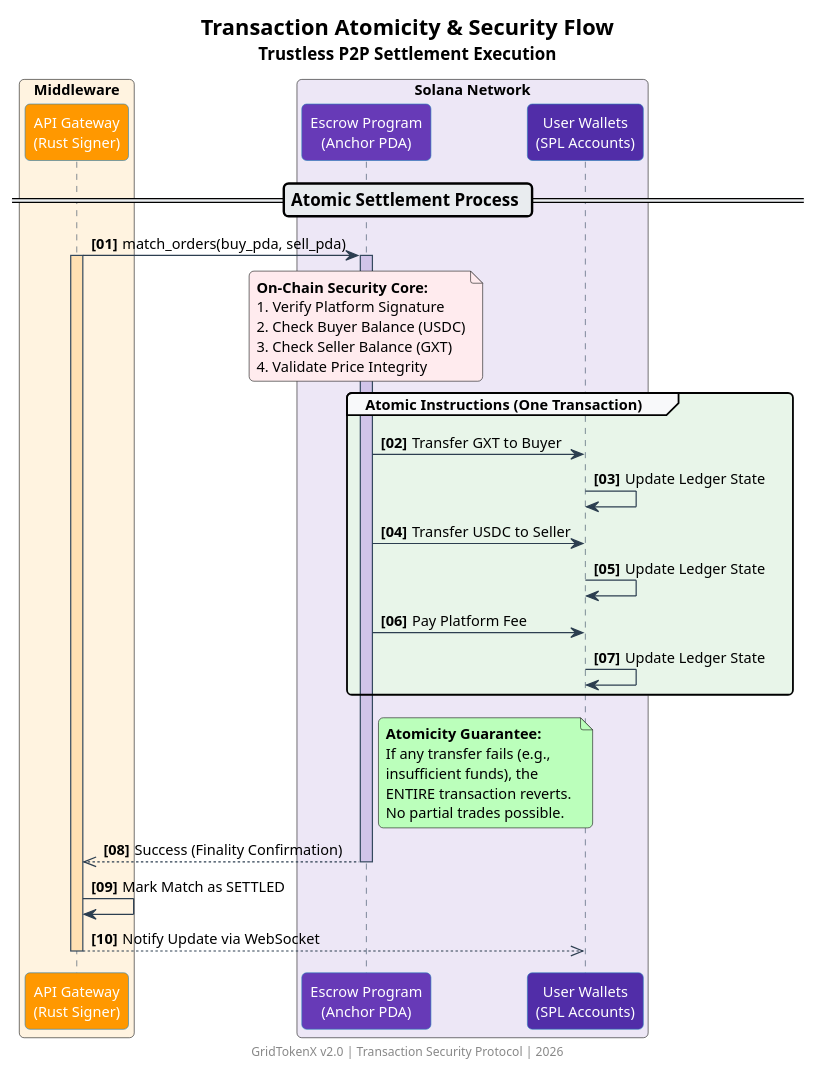
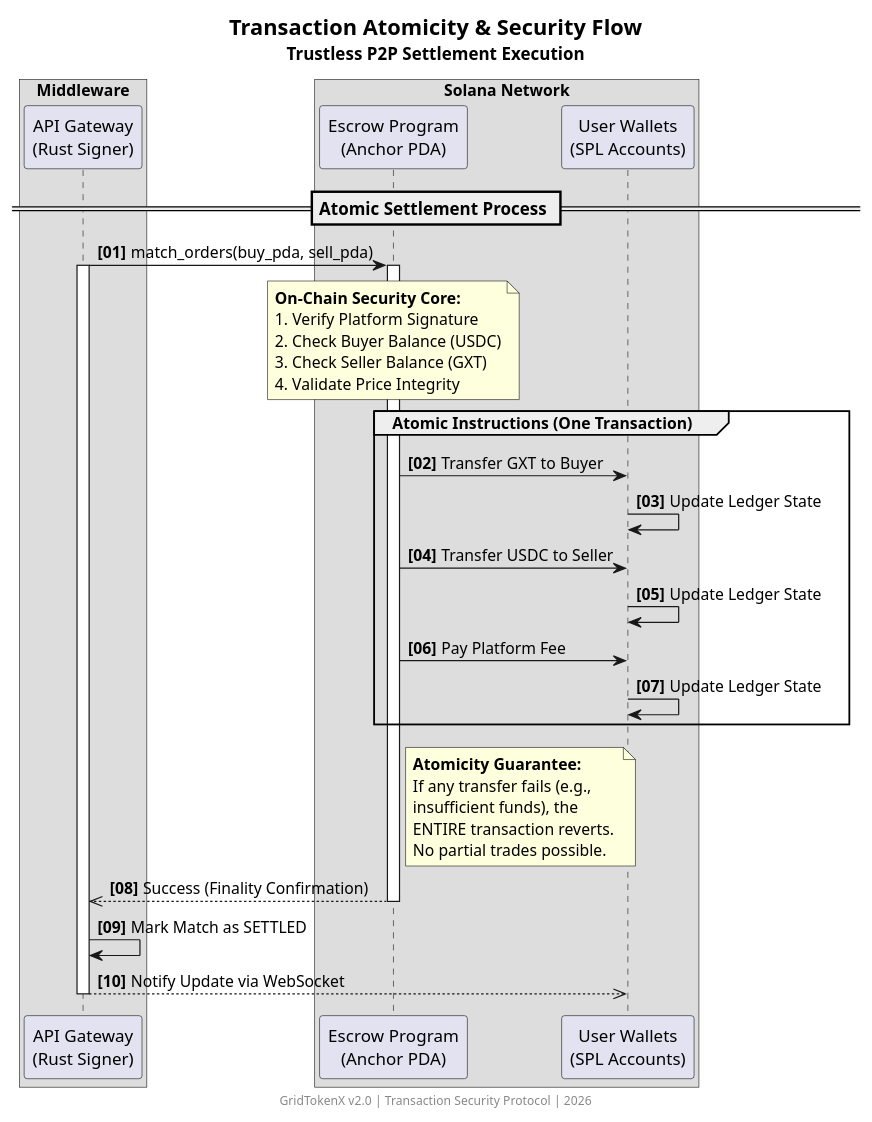
Before and after one commit to NakaSato/gridtokenx-platform-infa: the diagram in docs/transaction-atomicity.puml, drawn with PlantUML. The commit also changed 93 other files, not shown here.

```diff
--- a/docs/transaction-atomicity.puml
+++ b/docs/transaction-atomicity.puml
@@ -1,77 +1,61 @@
 @startuml
 !pragma teoz true
 
-' Visual Configuration
-skinparam defaultFontName "Helvetica Neue"
-skinparam defaultFontSize 12
-skinparam roundCorner 8
-skinparam shadowing false
-skinparam backgroundColor #FFFFFF
 
-skinparam sequence {
-    ArrowColor #2C3E50
-    LifeLineBorderColor #34495E
-    LifeLineBackgroundColor #ECF0F1
-    ParticipantBorderColor #2980B9
-    ParticipantBackgroundColor #3498DB
-    ParticipantFontColor white
-    GroupBackgroundColor #F8F9FA
-    DividerBackgroundColor #E9ECEF
-}
 
 title <size:18>**Transaction Atomicity & Security Flow**</size>\nTrustless P2P Settlement Execution
 
-box "Middleware" #FFF3E0
-    participant "API Gateway\n(Rust Signer)" as Gateway #FF9800
+box "Middleware"
+    participant "API Gateway\n(Rust Signer)" as Gateway
 end box
 
-box "Solana Network" #EDE7F6
-    participant "Escrow Program\n(Anchor PDA)" as Escrow #673AB7
-    participant "User Wallets\n(SPL Accounts)" as Wallets #512DA8
+box "Solana Network"
+    participant "Escrow Program\n(Anchor PDA)" as Escrow
+    participant "User Wallets\n(SPL Accounts)" as Wallets
 end box
 
 == <size:14>Atomic Settlement Process</size> ==
 
 autonumber "<b>[00]</b>"
 
 Gateway -> Escrow : match_orders(buy_pda, sell_pda)
-activate Gateway #FFE0B2
-activate Escrow #D1C4E9
+activate Gateway
+activate Escrow
 
-note over Escrow #FFEBEE
+note over Escrow
     **On-Chain Security Core:**
     1. Verify Platform Signature
     2. Check Buyer Balance (USDC)
     3. Check Seller Balance (GXT)
     4. Validate Price Integrity
 end note
 
-group #E8F5E9 Atomic Instructions (One Transaction)
+group Atomic Instructions (One Transaction)
     Escrow -> Wallets : Transfer GXT to Buyer
     Wallets -> Wallets : Update Ledger State
     
     Escrow -> Wallets : Transfer USDC to Seller
     Wallets -> Wallets : Update Ledger State
     
     Escrow -> Wallets : Pay Platform Fee
     Wallets -> Wallets : Update Ledger State
 end
 
-note right of Escrow #BBFFBB
+note right of Escrow
     **Atomicity Guarantee:**
     If any transfer fails (e.g., 
     insufficient funds), the 
     ENTIRE transaction reverts. 
     No partial trades possible.
 end note
 
 Escrow -->> Gateway : Success (Finality Confirmation)
 deactivate Escrow
 
 Gateway -> Gateway : Mark Match as SETTLED
 Gateway -->> Wallets : Notify Update via WebSocket
 
 deactivate Gateway
 
 footer GridTokenX v2.0 | Transaction Security Protocol | 2026
 @enduml
```
